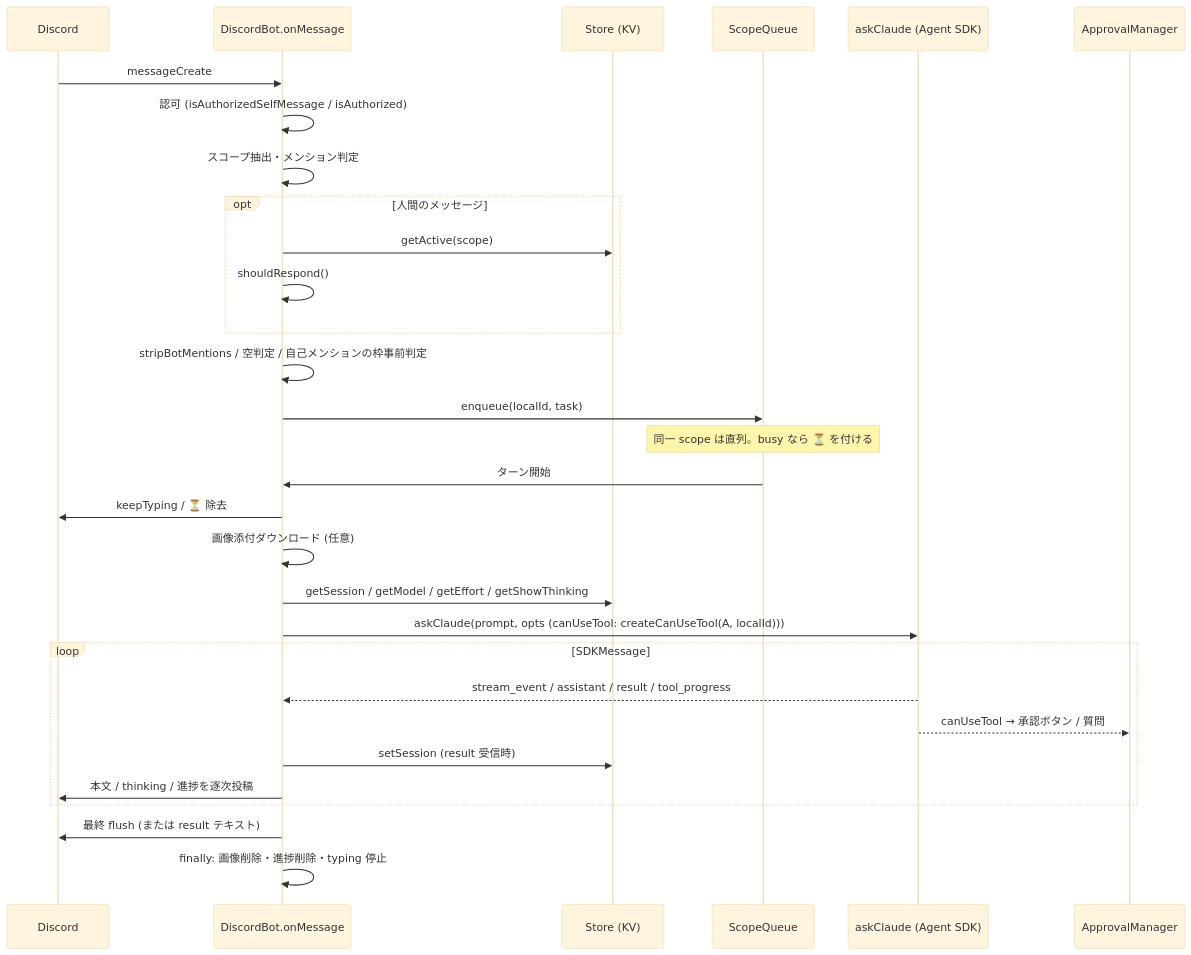
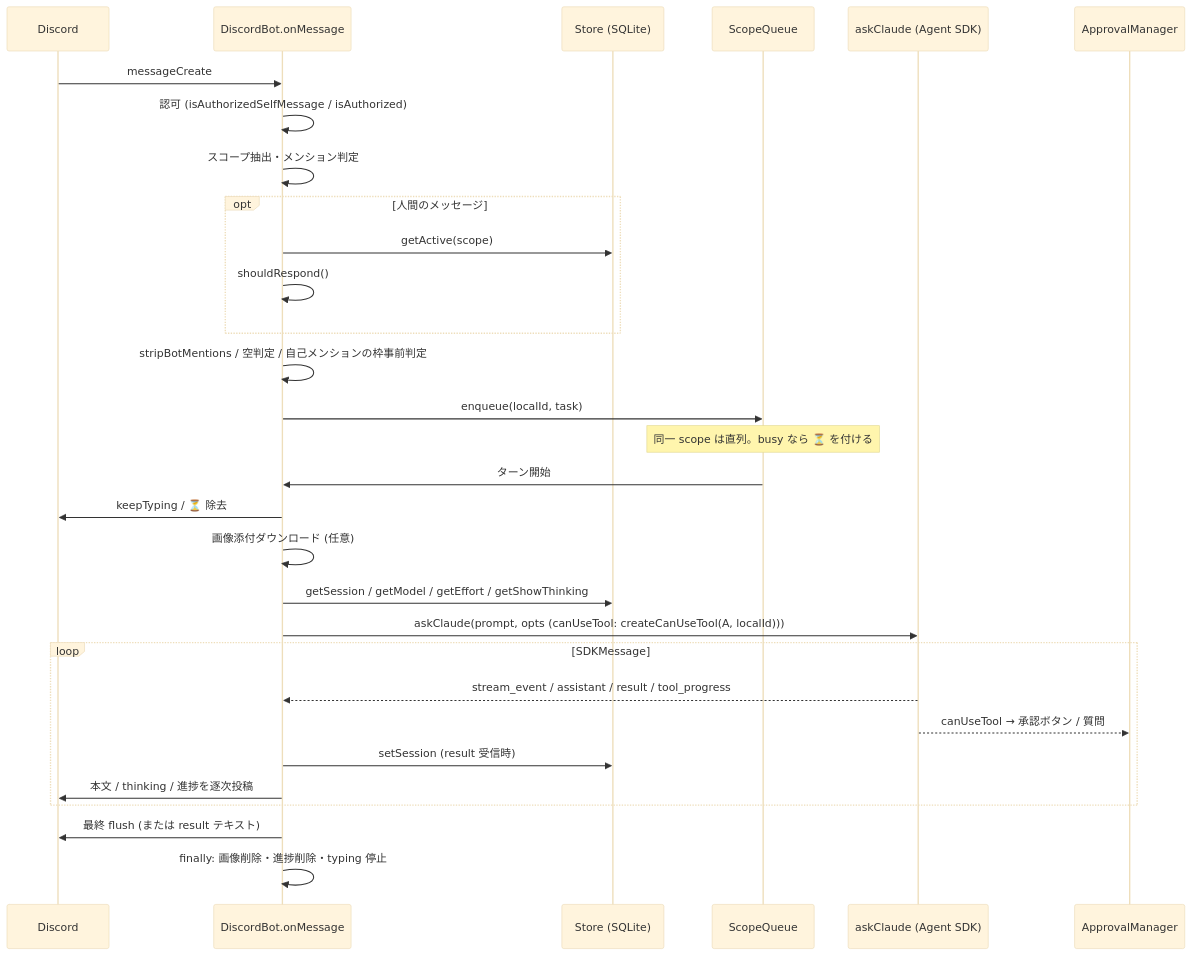
The diagram in docs/architecture/message-flow.md (ansanloms/loms-claw), drawn with Mermaid (base theme) before and after one commit. The commit also changed other lines of this file and 88 other files, not shown here.

````diff
--- a/docs/architecture/message-flow.md
+++ b/docs/architecture/message-flow.md
@@ -11,33 +11,33 @@
 ```mermaid
 sequenceDiagram
     participant D as Discord
     participant B as DiscordBot.onMessage
-    participant S as Store (KV)
+    participant S as Store (SQLite)
     participant Q as ScopeQueue
     participant C as askClaude (Agent SDK)
     participant A as ApprovalManager
 
     D->>B: messageCreate
     B->>B: 認可 (isAuthorizedSelfMessage / isAuthorized)
     B->>B: スコープ抽出・メンション判定
     opt 人間のメッセージ
         B->>S: getActive(scope)
         B->>B: shouldRespond()
     end
     B->>B: stripBotMentions / 空判定 / 自己メンションの枠事前判定
     B->>Q: enqueue(localId, task)
     Note over Q: 同一 scope は直列。busy なら ⏳ を付ける
     Q->>B: ターン開始
     B->>D: keepTyping / ⏳ 除去
     B->>B: 画像添付ダウンロード (任意)
     B->>S: getSession / getModel / getEffort / getShowThinking
     B->>C: askClaude(prompt, opts (canUseTool: createCanUseTool(A, localId)))
     loop SDKMessage
         C-->>B: stream_event / assistant / result / tool_progress
         C-->>A: canUseTool → 承認ボタン / 質問
         B->>S: setSession (result 受信時)
         B->>D: 本文 / thinking / 進捗を逐次投稿
     end
     B->>D: 最終 flush (または result テキスト)
     B->>B: finally: 画像削除・進捗削除・typing 停止
 ```
````
